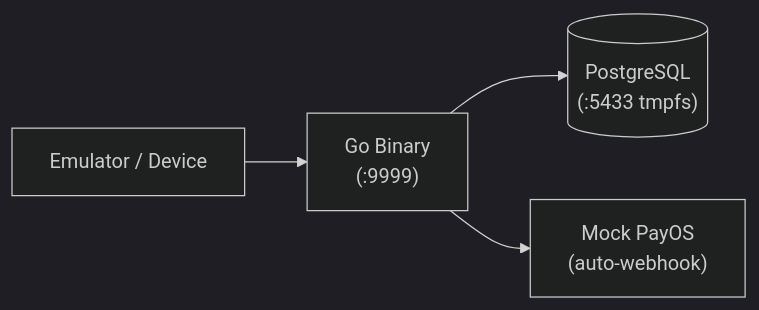
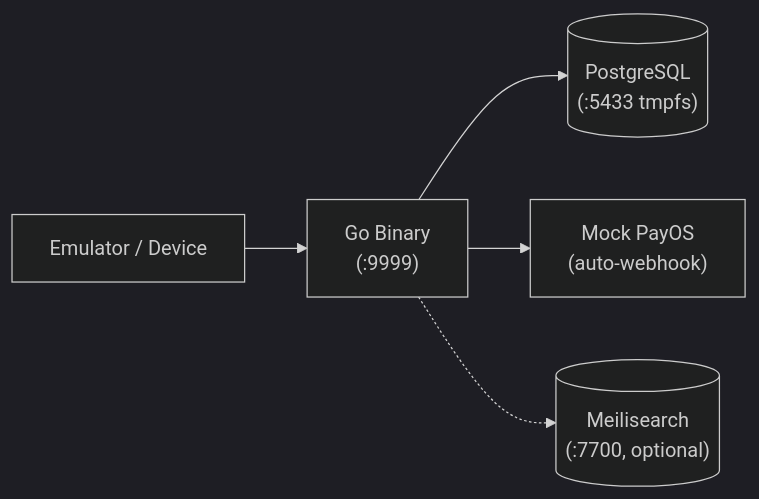
Before and after one commit to nhannht/viecz: the tenth of 10 diagrams in docs/technical/ARCHITECTURE.md, drawn with Mermaid (dark theme). The commit also changed other lines of this file and 18 other files, not shown here.

First line of the commit message:
feat: Add Meilisearch as optional search engine for marketplace (KNS-69)

````diff
--- a/docs/technical/ARCHITECTURE.md
+++ b/docs/technical/ARCHITECTURE.md
@@ -920,11 +947,14 @@
 ```mermaid
 graph LR
     Device["Emulator / Device"]
     GoBinary["Go Binary<br/>(:9999)"]
     PostgreSQLTest[("PostgreSQL<br/>(:5433 tmpfs)")]
     MockPayOS["Mock PayOS<br/>(auto-webhook)"]
 
+    Meilisearch[("Meilisearch<br/>(:7700, optional)")]
+
     Device --> GoBinary
     GoBinary --> PostgreSQLTest
     GoBinary --> MockPayOS
+    GoBinary -.-> Meilisearch
 ```
````
